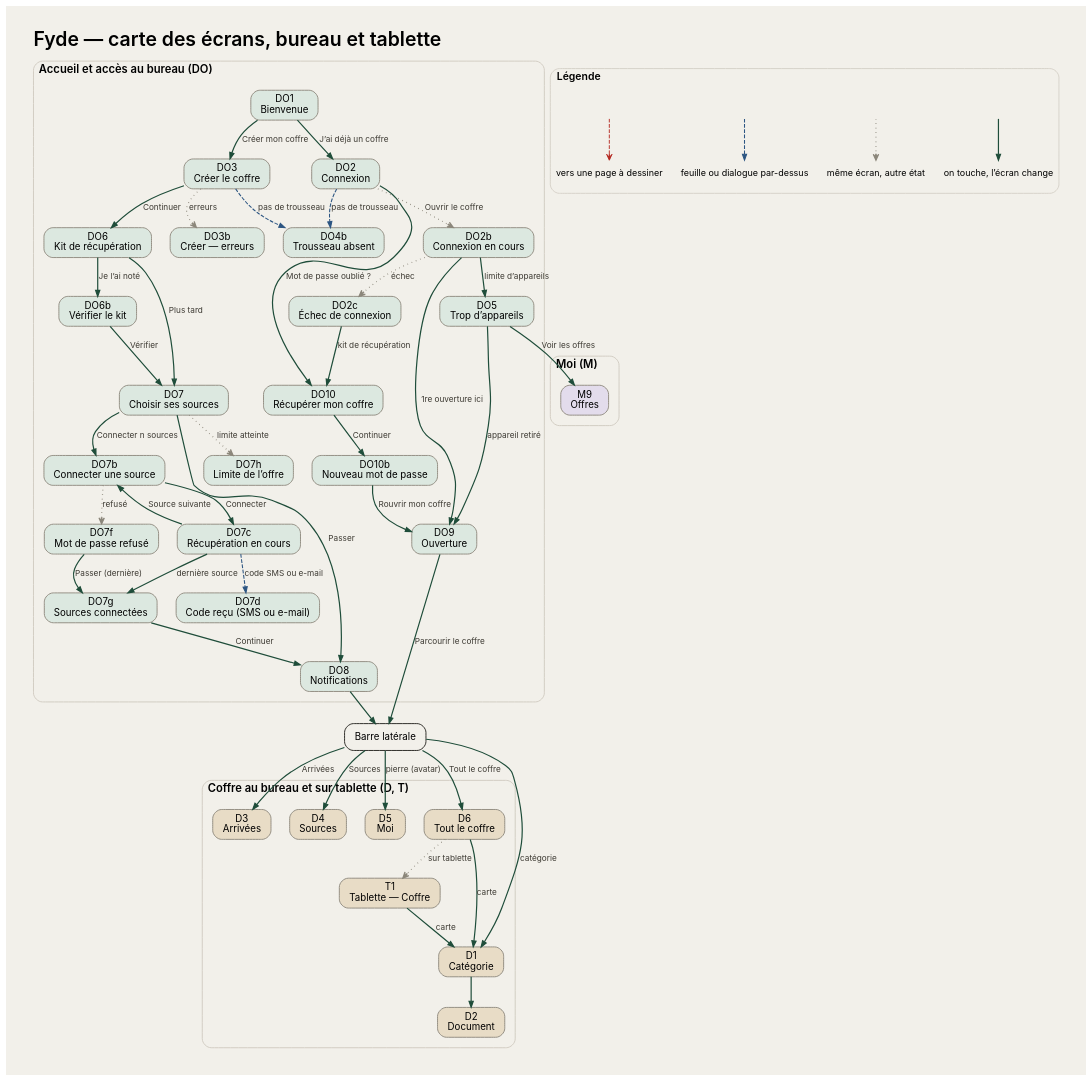
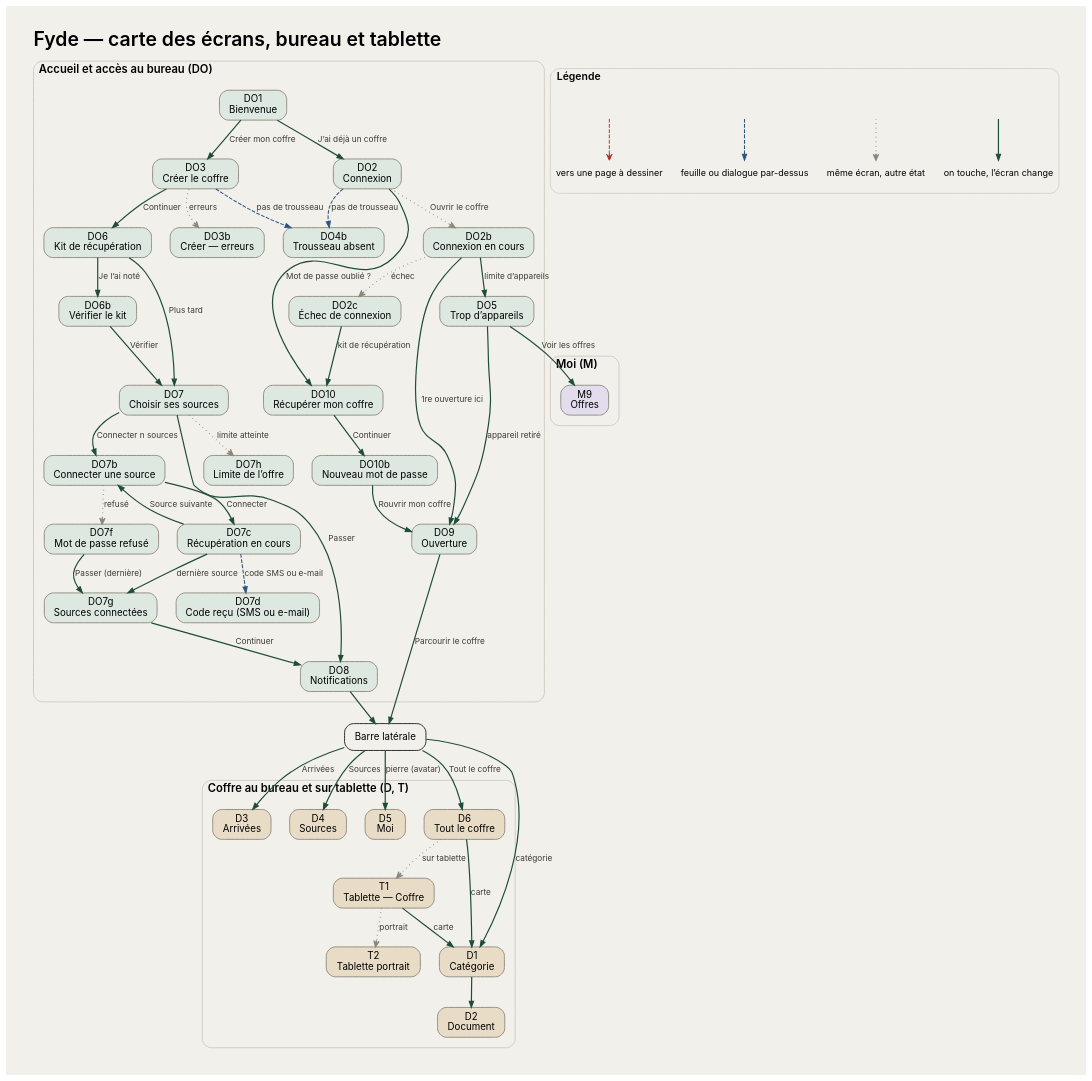
The diagram in design/assets/maps/carte-bureau.dot (fyde-lab/application), drawn with Graphviz before and after one commit. The commit also changed 15 other files, not shown here.

```diff
--- a/design/assets/maps/carte-bureau.dot
+++ b/design/assets/maps/carte-bureau.dot
@@ -1,89 +1,91 @@
 digraph "carte-bureau" {
 rankdir=TB; newrank=true; compound=true; nodesep=0.35; ranksep=0.55;
 label="Fyde — carte des écrans, bureau et tablette"; labelloc=t; labeljust=l; fontsize=26; fontname="Inter SemiBold"; pad=0.4; bgcolor="#F2F0EA";
 node [fontname="Inter" fontsize=13 margin="0.18,0.08" penwidth=1.2];
 edge [fontname="Inter" fontsize=11 fontcolor="#3d3a33" arrowsize=0.8];
 subgraph "cluster_moi" { label="Moi (M)"; fontname="Inter SemiBold"; fontsize=15; style="rounded"; color="#CFCAC0"; penwidth=1.2; margin=14;
   "M9" [label="M9\nOffres" shape=box style="rounded,filled" color="#8C877B" fillcolor="#E3DCEC"];
 }
 subgraph "cluster_donb" { label="Accueil et accès au bureau (DO)"; fontname="Inter SemiBold"; fontsize=15; style="rounded"; color="#CFCAC0"; penwidth=1.2; margin=14;
   "DO1" [label="DO1\nBienvenue" shape=box style="rounded,filled" color="#8C877B" fillcolor="#DCE8E0"];
   "DO2" [label="DO2\nConnexion" shape=box style="rounded,filled" color="#8C877B" fillcolor="#DCE8E0"];
   "DO2b" [label="DO2b\nConnexion en cours" shape=box style="rounded,filled" color="#8C877B" fillcolor="#DCE8E0"];
   "DO2c" [label="DO2c\nÉchec de connexion" shape=box style="rounded,filled" color="#8C877B" fillcolor="#DCE8E0"];
   "DO3" [label="DO3\nCréer le coffre" shape=box style="rounded,filled" color="#8C877B" fillcolor="#DCE8E0"];
   "DO3b" [label="DO3b\nCréer — erreurs" shape=box style="rounded,filled" color="#8C877B" fillcolor="#DCE8E0"];
   "DO4b" [label="DO4b\nTrousseau absent" shape=box style="rounded,filled" color="#8C877B" fillcolor="#DCE8E0"];
   "DO5" [label="DO5\nTrop d’appareils" shape=box style="rounded,filled" color="#8C877B" fillcolor="#DCE8E0"];
   "DO6" [label="DO6\nKit de récupération" shape=box style="rounded,filled" color="#8C877B" fillcolor="#DCE8E0"];
   "DO6b" [label="DO6b\nVérifier le kit" shape=box style="rounded,filled" color="#8C877B" fillcolor="#DCE8E0"];
   "DO7" [label="DO7\nChoisir ses sources" shape=box style="rounded,filled" color="#8C877B" fillcolor="#DCE8E0"];
   "DO7h" [label="DO7h\nLimite de l’offre" shape=box style="rounded,filled" color="#8C877B" fillcolor="#DCE8E0"];
   "DO7b" [label="DO7b\nConnecter une source" shape=box style="rounded,filled" color="#8C877B" fillcolor="#DCE8E0"];
   "DO7c" [label="DO7c\nRécupération en cours" shape=box style="rounded,filled" color="#8C877B" fillcolor="#DCE8E0"];
   "DO7d" [label="DO7d\nCode reçu (SMS ou e-mail)" shape=box style="rounded,filled" color="#8C877B" fillcolor="#DCE8E0"];
   "DO7f" [label="DO7f\nMot de passe refusé" shape=box style="rounded,filled" color="#8C877B" fillcolor="#DCE8E0"];
   "DO7g" [label="DO7g\nSources connectées" shape=box style="rounded,filled" color="#8C877B" fillcolor="#DCE8E0"];
   "DO8" [label="DO8\nNotifications" shape=box style="rounded,filled" color="#8C877B" fillcolor="#DCE8E0"];
   "DO9" [label="DO9\nOuverture" shape=box style="rounded,filled" color="#8C877B" fillcolor="#DCE8E0"];
   "DO10" [label="DO10\nRécupérer mon coffre" shape=box style="rounded,filled" color="#8C877B" fillcolor="#DCE8E0"];
   "DO10b" [label="DO10b\nNouveau mot de passe" shape=box style="rounded,filled" color="#8C877B" fillcolor="#DCE8E0"];
 }
 "SIDE" [label="Barre latérale" shape=box style="rounded,bold" color="#1C1B17" fillcolor="#FFFFFF"];
 subgraph "cluster_dapp" { label="Coffre au bureau et sur tablette (D, T)"; fontname="Inter SemiBold"; fontsize=15; style="rounded"; color="#CFCAC0"; penwidth=1.2; margin=14;
   "T1" [label="T1\nTablette — Coffre" shape=box style="rounded,filled" color="#8C877B" fillcolor="#E8DCC6"];
+  "T2" [label="T2\nTablette portrait" shape=box style="rounded,filled" color="#8C877B" fillcolor="#E8DCC6"];
   "D1" [label="D1\nCatégorie" shape=box style="rounded,filled" color="#8C877B" fillcolor="#E8DCC6"];
   "D2" [label="D2\nDocument" shape=box style="rounded,filled" color="#8C877B" fillcolor="#E8DCC6"];
   "D3" [label="D3\nArrivées" shape=box style="rounded,filled" color="#8C877B" fillcolor="#E8DCC6"];
   "D4" [label="D4\nSources" shape=box style="rounded,filled" color="#8C877B" fillcolor="#E8DCC6"];
   "D5" [label="D5\nMoi" shape=box style="rounded,filled" color="#8C877B" fillcolor="#E8DCC6"];
   "D6" [label="D6\nTout le coffre" shape=box style="rounded,filled" color="#8C877B" fillcolor="#E8DCC6"];
 }
 "DO1" -> "DO2" [color="#1F4D3A" penwidth=1.6 label="J’ai déjà un coffre"];
 "DO1" -> "DO3" [color="#1F4D3A" penwidth=1.6 label="Créer mon coffre"];
 "DO2" -> "DO2b" [color="#8C877B" style=dotted penwidth=1.6 arrowhead=open label="Ouvrir le coffre"];
 "DO2b" -> "DO2c" [color="#8C877B" style=dotted penwidth=1.6 arrowhead=open label="échec"];
 "DO2" -> "DO4b" [color="#2C5582" style=dashed penwidth=1.4 label="pas de trousseau"];
 "DO2b" -> "DO5" [color="#1F4D3A" penwidth=1.6 label="limite d’appareils"];
 "DO2b" -> "DO9" [color="#1F4D3A" penwidth=1.6 label="1re ouverture ici"];
 "DO5" -> "DO9" [color="#1F4D3A" penwidth=1.6 label="appareil retiré"];
 "DO5" -> "M9" [color="#1F4D3A" penwidth=1.6 label="Voir les offres"];
 "DO2c" -> "DO10" [color="#1F4D3A" penwidth=1.6 label="kit de récupération"];
 "DO2" -> "DO10" [color="#1F4D3A" penwidth=1.6 label="Mot de passe oublié ?"];
 "DO10" -> "DO10b" [color="#1F4D3A" penwidth=1.6 label="Continuer"];
 "DO10b" -> "DO9" [color="#1F4D3A" penwidth=1.6 label="Rouvrir mon coffre"];
 "DO3" -> "DO3b" [color="#8C877B" style=dotted penwidth=1.6 arrowhead=open label="erreurs"];
 "DO3" -> "DO4b" [color="#2C5582" style=dashed penwidth=1.4 label="pas de trousseau"];
 "DO3" -> "DO6" [color="#1F4D3A" penwidth=1.6 label="Continuer"];
 "DO6" -> "DO6b" [color="#1F4D3A" penwidth=1.6 label="Je l’ai noté"];
 "DO6b" -> "DO7" [color="#1F4D3A" penwidth=1.6 label="Vérifier"];
 "DO6" -> "DO7" [color="#1F4D3A" penwidth=1.6 label="Plus tard"];
 "DO7" -> "DO7h" [color="#8C877B" style=dotted penwidth=1.6 arrowhead=open label="limite atteinte"];
 "DO7" -> "DO7b" [color="#1F4D3A" penwidth=1.6 label="Connecter n sources"];
 "DO7" -> "DO8" [color="#1F4D3A" penwidth=1.6 label="Passer"];
 "DO7b" -> "DO7c" [color="#1F4D3A" penwidth=1.6 label="Connecter"];
 "DO7b" -> "DO7f" [color="#8C877B" style=dotted penwidth=1.6 arrowhead=open label="refusé"];
 "DO7c" -> "DO7d" [color="#2C5582" style=dashed penwidth=1.4 label="code SMS ou e-mail"];
 "DO7c" -> "DO7b" [color="#1F4D3A" penwidth=1.6 label="Source suivante"];
 "DO7c" -> "DO7g" [color="#1F4D3A" penwidth=1.6 label="dernière source"];
 "DO7f" -> "DO7g" [color="#1F4D3A" penwidth=1.6 label="Passer (dernière)"];
 "DO7g" -> "DO8" [color="#1F4D3A" penwidth=1.6 label="Continuer"];
 "DO8" -> "SIDE" [color="#1F4D3A" penwidth=1.6];
 "DO9" -> "SIDE" [color="#1F4D3A" penwidth=1.6 label="Parcourir le coffre"];
 "SIDE" -> "D6" [color="#1F4D3A" penwidth=1.6 label="Tout le coffre"];
 "D6" -> "T1" [color="#8C877B" style=dotted penwidth=1.6 arrowhead=open label="sur tablette"];
+"T1" -> "T2" [color="#8C877B" style=dotted penwidth=1.6 arrowhead=open label="portrait"];
 "D6" -> "D1" [color="#1F4D3A" penwidth=1.6 label="carte"];
 "SIDE" -> "D1" [color="#1F4D3A" penwidth=1.6 label="catégorie"];
 "SIDE" -> "D3" [color="#1F4D3A" penwidth=1.6 label="Arrivées"];
 "SIDE" -> "D4" [color="#1F4D3A" penwidth=1.6 label="Sources"];
 "SIDE" -> "D5" [color="#1F4D3A" penwidth=1.6 label="pierre (avatar)"];
 "D1" -> "D2" [color="#1F4D3A" penwidth=1.6];
 "T1" -> "D1" [color="#1F4D3A" penwidth=1.6 label="carte"];
 subgraph cluster_legend { label="Légende"; fontname="Inter SemiBold"; fontsize=14; style=rounded; color="#CFCAC0";
   node [shape=plaintext fontsize=12 margin=0];
   la [label=""]; lb [label="on touche, l’écran change"]; lc [label=""]; ld [label="même écran, autre état"];
   le [label=""]; lf [label="feuille ou dialogue par-dessus"]; lg [label=""]; lh [label="vers une page à dessiner"];
   la -> lb [color="#1F4D3A" penwidth=1.6]; lc -> ld [color="#8C877B" style=dotted penwidth=1.6 arrowhead=open];
   le -> lf [color="#2C5582" style=dashed penwidth=1.4]; lg -> lh [color="#B3261E" style=dashed penwidth=1.2 arrowhead=open];
 }
 }
```
